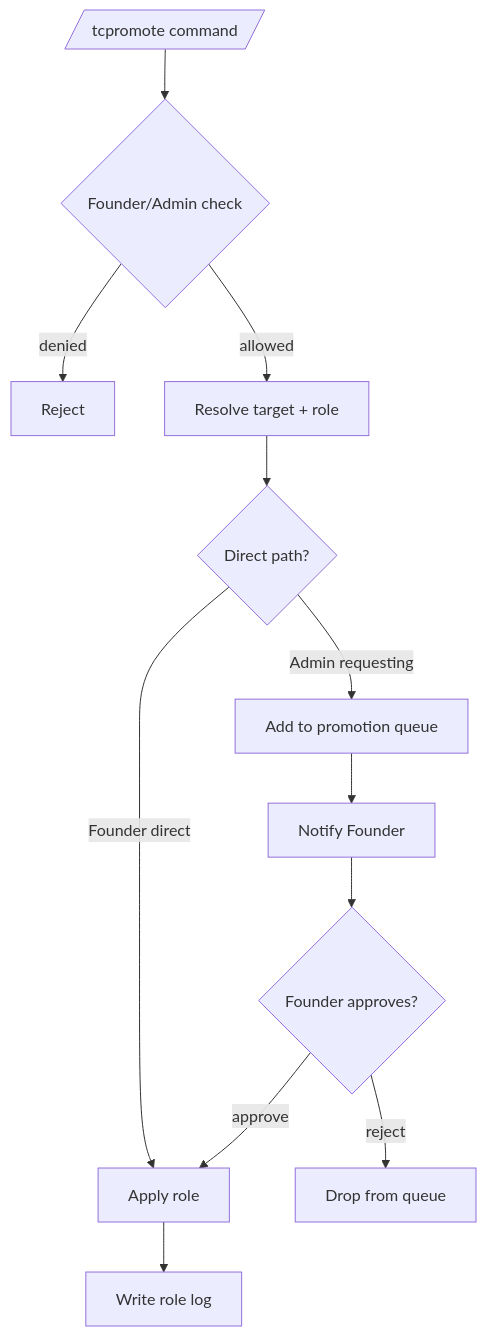
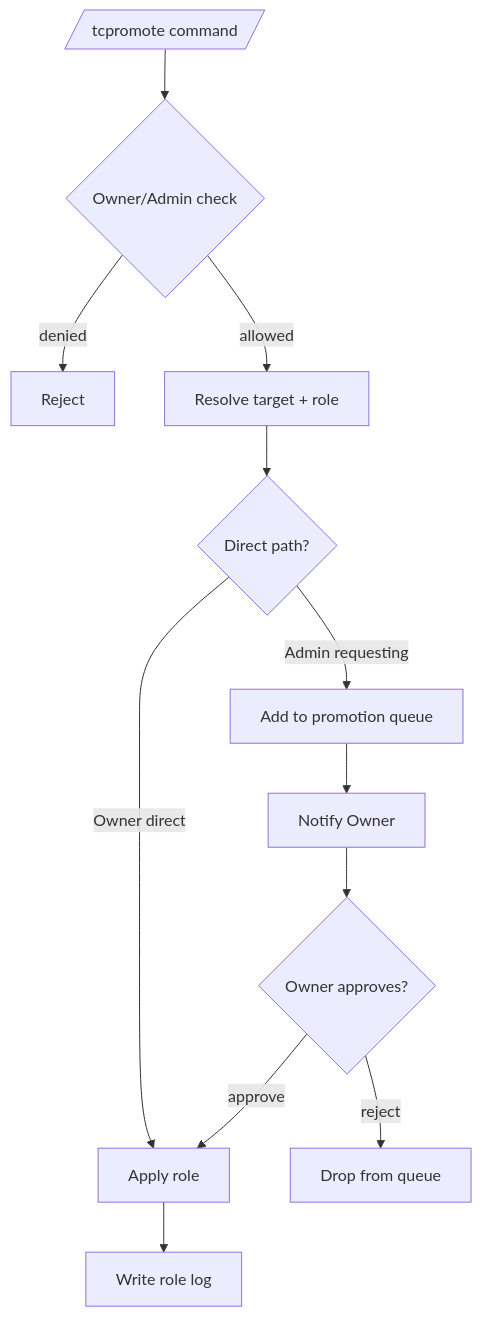
Before and after one commit to D1ZZY4/tcbot: the diagram in docs/features/roles/promote.md, drawn with Mermaid. The commit also changed other lines of this file and 82 other files, not shown here.

First line of the commit message:
refactor(roles): rename role vocabulary to owner and moderator

````diff
--- a/docs/features/roles/promote.md
+++ b/docs/features/roles/promote.md
@@ -11,14 +11,14 @@
 ```mermaid
 flowchart TD
-    Cmd[/tcpromote command/] --> Permission{Founder/Admin check}
+    Cmd[/tcpromote command/] --> Permission{Owner/Admin check}
     Permission -->|denied| End1[Reject]
     Permission -->|allowed| Resolve[Resolve target + role]
     Resolve --> Direct{Direct path?}
-    Direct -->|Founder direct| Apply[Apply role]
+    Direct -->|Owner direct| Apply[Apply role]
     Direct -->|Admin requesting| Queue[Add to promotion queue]
-    Queue --> NotifyFounder[Notify Founder]
-    NotifyFounder --> FounderDecision{Founder approves?}
-    FounderDecision -->|approve| Apply
-    FounderDecision -->|reject| Drop[Drop from queue]
+    Queue --> NotifyOwner[Notify Owner]
+    NotifyOwner --> OwnerDecision{Owner approves?}
+    OwnerDecision -->|approve| Apply
+    OwnerDecision -->|reject| Drop[Drop from queue]
     Apply --> Log[Write role log]
 ```
````
